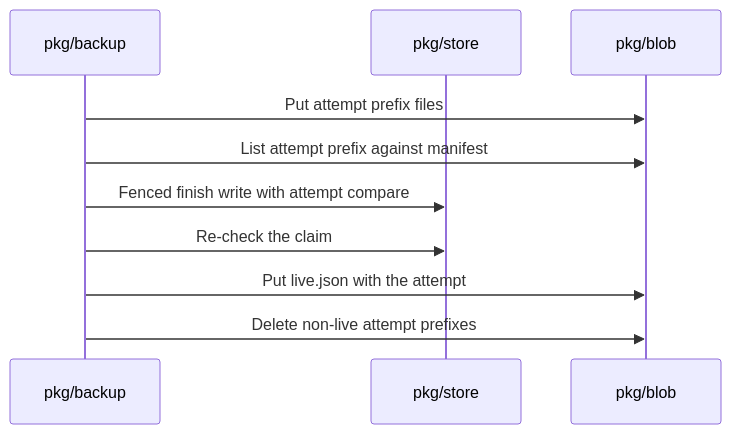
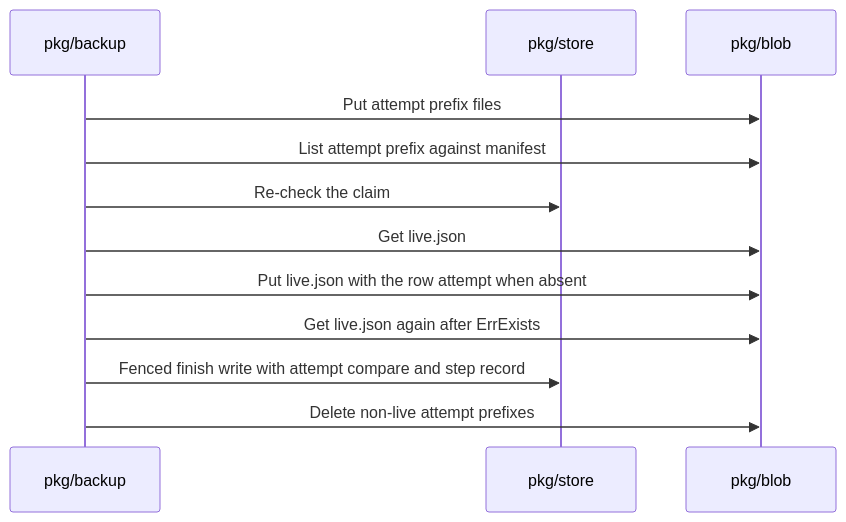
The first of 4 diagrams in openspec/changes/backup-fence-target-writes-attempt/design.md (OpenDustpan/OpenDustpan), drawn with Mermaid before and after one commit. The commit also changed other lines of this file and 3 other files, not shown here.

First line of the commit message:
spec(backup): let the backups row decide the live attempt

````diff
--- a/openspec/changes/backup-fence-target-writes-attempt/design.md
+++ b/openspec/changes/backup-fence-target-writes-attempt/design.md
@@ -26,12 +34,14 @@
 ```mermaid
 sequenceDiagram
 participant W as pkg/backup
 participant D as pkg/store
 participant T as pkg/blob
 W->>T: Put attempt prefix files
 W->>T: List attempt prefix against manifest
-W->>D: Fenced finish write with attempt compare
 W->>D: Re-check the claim
-W->>T: Put live.json with the attempt
+W->>T: Get live.json
+W->>T: Put live.json with the row attempt when absent
+W->>T: Get live.json again after ErrExists
+W->>D: Fenced finish write with attempt compare and step record
 W->>T: Delete non-live attempt prefixes
 ```
````
